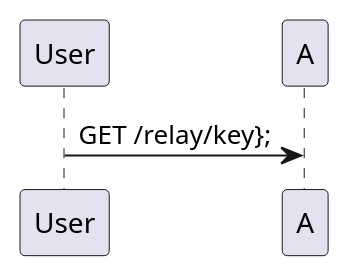
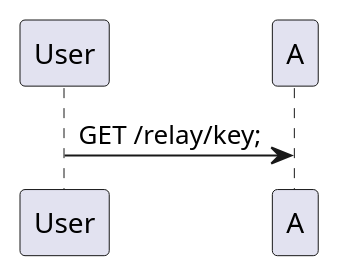
One commit to TLmaK0/gravizo changed the diagram in ERROR.md. Above: the diagram before and after it, drawn with PlantUML.

```diff
--- a/ERROR.md
+++ b/ERROR.md
@@ -6,3 +6,3 @@
 @startuml;
-User -> A: GET /relay/key};
+User -> A: GET /relay/key;
 @enduml
```
